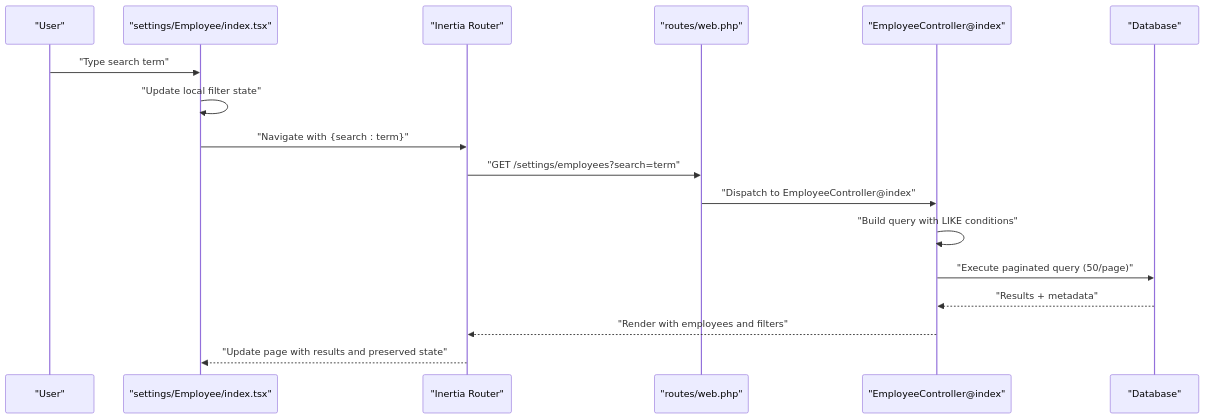
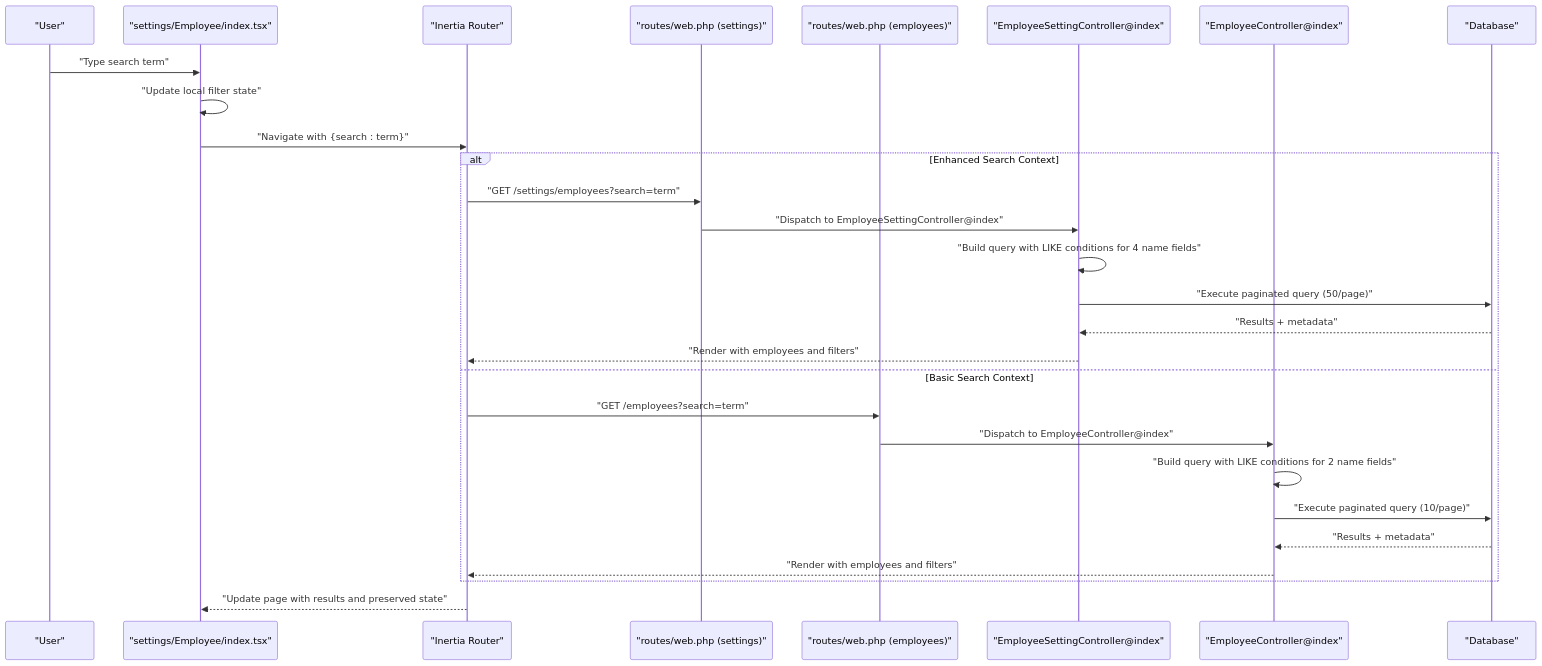
The second of 3 diagrams in .qoder/repowiki/en/content/Employee Management/Employee Search and Filtering.md (vincet0t15/template), drawn with Mermaid before and after one commit. The commit also changed other lines of this file and 7 other files, not shown here.

````diff
--- a/.qoder/repowiki/en/content/Employee Management/Employee Search and Filtering.md
+++ b/.qoder/repowiki/en/content/Employee Management/Employee Search and Filtering.md
@@ -93,19 +117,30 @@
 ```mermaid
 sequenceDiagram
 participant User as "User"
 participant FE as "settings/Employee/index.tsx"
 participant Router as "Inertia Router"
-participant Route as "routes/web.php"
-participant Ctrl as "EmployeeController@index"
+participant SettingRoute as "routes/web.php (settings)"
+participant BasicRoute as "routes/web.php (employees)"
+participant SettingCtrl as "EmployeeSettingController@index"
+participant BasicCtrl as "EmployeeController@index"
 participant DB as "Database"
 User->>FE : "Type search term"
 FE->>FE : "Update local filter state"
 FE->>Router : "Navigate with {search : term}"
-Router->>Route : "GET /settings/employees?search=term"
-Route->>Ctrl : "Dispatch to EmployeeController@index"
-Ctrl->>Ctrl : "Build query with LIKE conditions"
-Ctrl->>DB : "Execute paginated query (50/page)"
-DB-->>Ctrl : "Results + metadata"
-Ctrl-->>Router : "Render with employees and filters"
+alt Enhanced Search Context
+Router->>SettingRoute : "GET /settings/employees?search=term"
+SettingRoute->>SettingCtrl : "Dispatch to EmployeeSettingController@index"
+SettingCtrl->>SettingCtrl : "Build query with LIKE conditions for 4 name fields"
+SettingCtrl->>DB : "Execute paginated query (50/page)"
+DB-->>SettingCtrl : "Results + metadata"
+SettingCtrl-->>Router : "Render with employees and filters"
+else Basic Search Context
+Router->>BasicRoute : "GET /employees?search=term"
+BasicRoute->>BasicCtrl : "Dispatch to EmployeeController@index"
+BasicCtrl->>BasicCtrl : "Build query with LIKE conditions for 2 name fields"
+BasicCtrl->>DB : "Execute paginated query (10/page)"
+DB-->>BasicCtrl : "Results + metadata"
+BasicCtrl-->>Router : "Render with employees and filters"
+end
 Router-->>FE : "Update page with results and preserved state"
 ```
````
